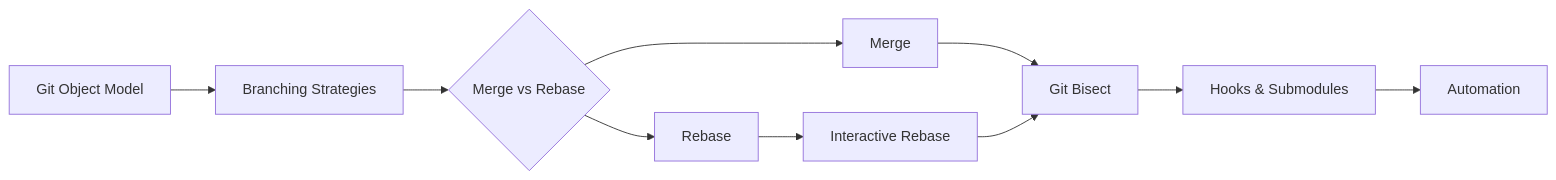
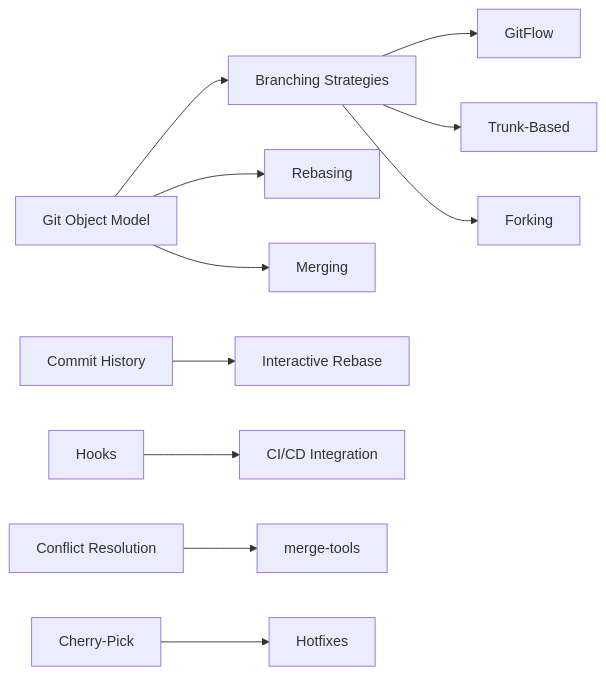
Before and after one commit to Raushan666java/ai-engineering-journey: the first of 2 diagrams in docs/courses/devops/02-git.md, drawn with Mermaid. The commit also changed other lines of this file and 62 other files, not shown here.

````diff
--- a/docs/courses/devops/02-git.md
+++ b/docs/courses/devops/02-git.md
@@ -29,11 +34,13 @@
 ```mermaid
 flowchart LR
     A[Git Object Model] --> B[Branching Strategies]
-    B --> C{Merge vs Rebase}
-    C --> D[Merge]
-    C --> E[Rebase]
-    E --> F[Interactive Rebase]
-    D & F --> G[Git Bisect]
-    G --> H[Hooks & Submodules]
-    H --> I[Automation]
+    A --> C[Rebasing]
+    A --> D[Merging]
+    B --> E[GitFlow]
+    B --> F[Trunk-Based]
+    B --> G[Forking]
+    H[Commit History] --> I[Interactive Rebase]
+    J[Hooks] --> K[CI/CD Integration]
+    L[Conflict Resolution] --> M[merge-tools]
+    N[Cherry-Pick] --> O[Hotfixes]
 ```
````
